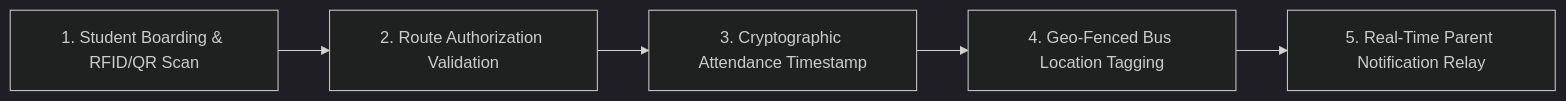
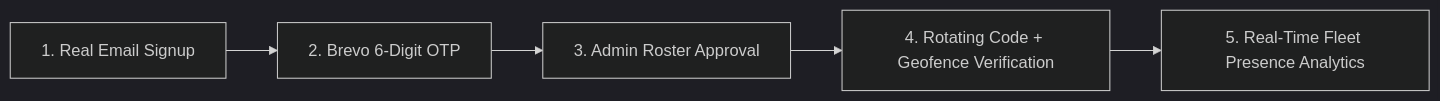
The second of 2 diagrams in README.md (Tharun4743/Bus-attendance), drawn with Mermaid (dark theme) before and after one commit. The commit also changed other lines of this file, not shown here.

Commit message:
docs(readme): expand architecture with Supabase PostgreSQL, Brevo OTP, Cloudinary media pipeline, and Zero-Secret protocol

````diff
--- a/README.md
+++ b/README.md
@@ -75,7 +73,7 @@
 ```mermaid
 flowchart LR
-    A["1. Student Boarding & RFID/QR Scan"] --> B["2. Route Authorization Validation"]
-    B --> C["3. Cryptographic Attendance Timestamp"]
-    C --> D["4. Geo-Fenced Bus Location Tagging"]
-    D --> E["5. Real-Time Parent Notification Relay"]
+    A["1. Real Email Signup"] --> B["2. Brevo 6-Digit OTP"]
+    B --> C["3. Admin Roster Approval"]
+    C --> D["4. Rotating Code + Geofence Verification"]
+    D --> E["5. Real-Time Fleet Presence Analytics"]
 ```
````
